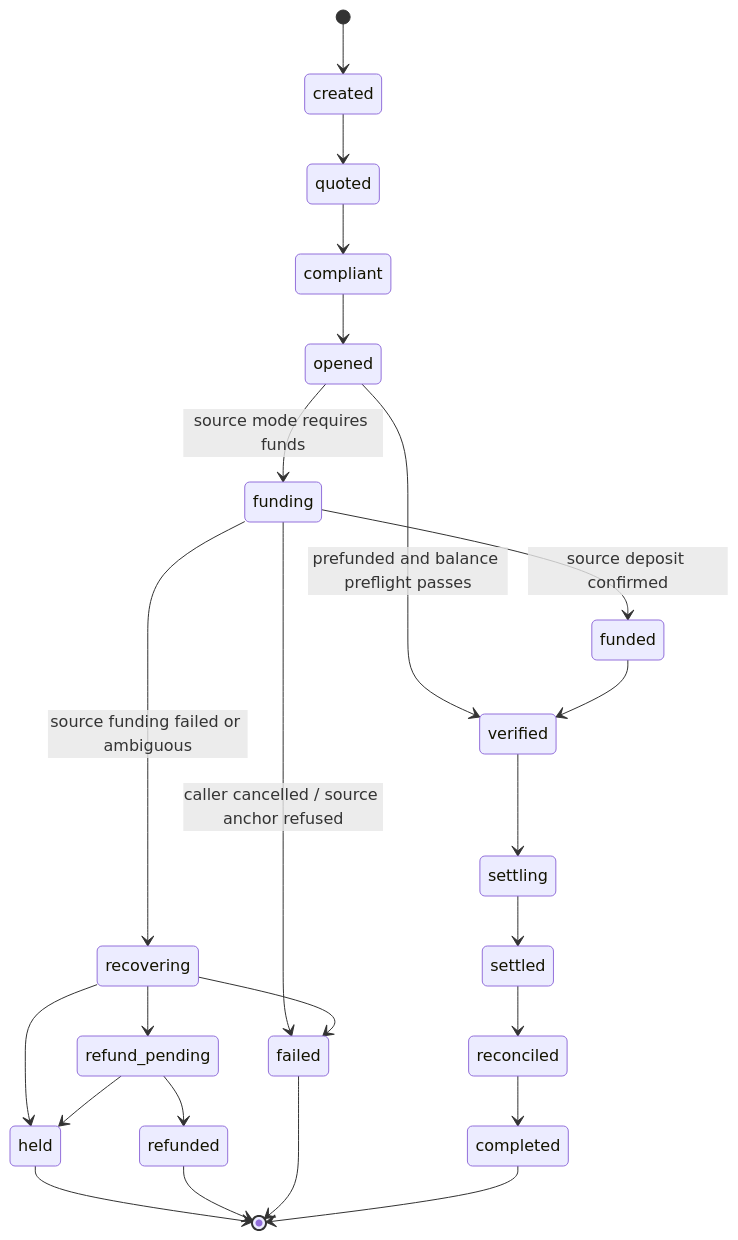
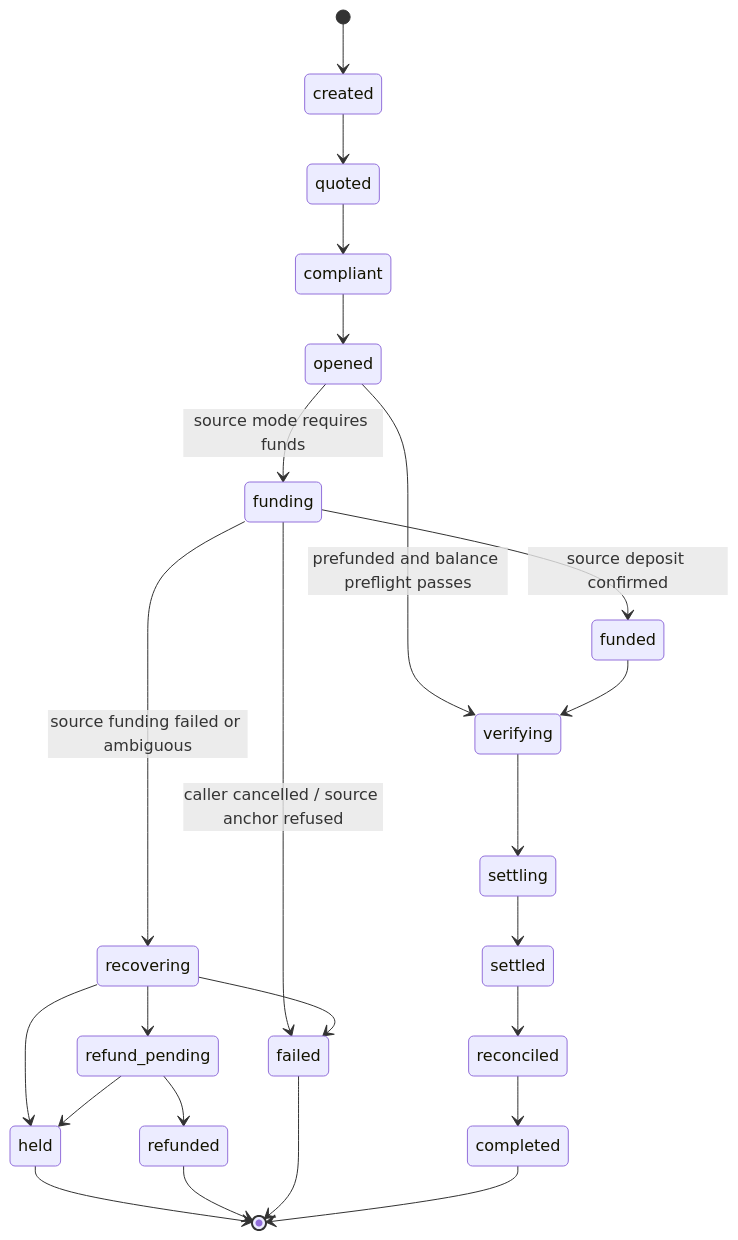
Before and after one commit to ezedike-evan/corridor-in-a-box: the diagram in docs/rfcs/0002-source-side-funding.md, drawn with Mermaid. The commit also changed other lines of this file, not shown here.

Commit message:
docs(rfc 0002): use the engine's real 'verifying' state in the diagram

````diff
--- a/docs/rfcs/0002-source-side-funding.md
+++ b/docs/rfcs/0002-source-side-funding.md
@@ -47,26 +47,26 @@
 ```mermaid
 stateDiagram-v2
     [*] --> created
     created --> quoted
     quoted --> compliant
     compliant --> opened
     opened --> funding: source mode requires funds
-    opened --> verified: prefunded and balance preflight passes
+    opened --> verifying: prefunded and balance preflight passes
     funding --> funded: source deposit confirmed
     funding --> recovering: source funding failed or ambiguous
-    funded --> verified
-    verified --> settling
+    funded --> verifying
+    verifying --> settling
     settling --> settled
     settled --> reconciled
     reconciled --> completed
     funding --> failed: caller cancelled / source anchor refused
     recovering --> held
     recovering --> refund_pending
     recovering --> failed
     held --> [*]
     refund_pending --> refunded
     refund_pending --> held
     refunded --> [*]
     failed --> [*]
     completed --> [*]
 ```
````
